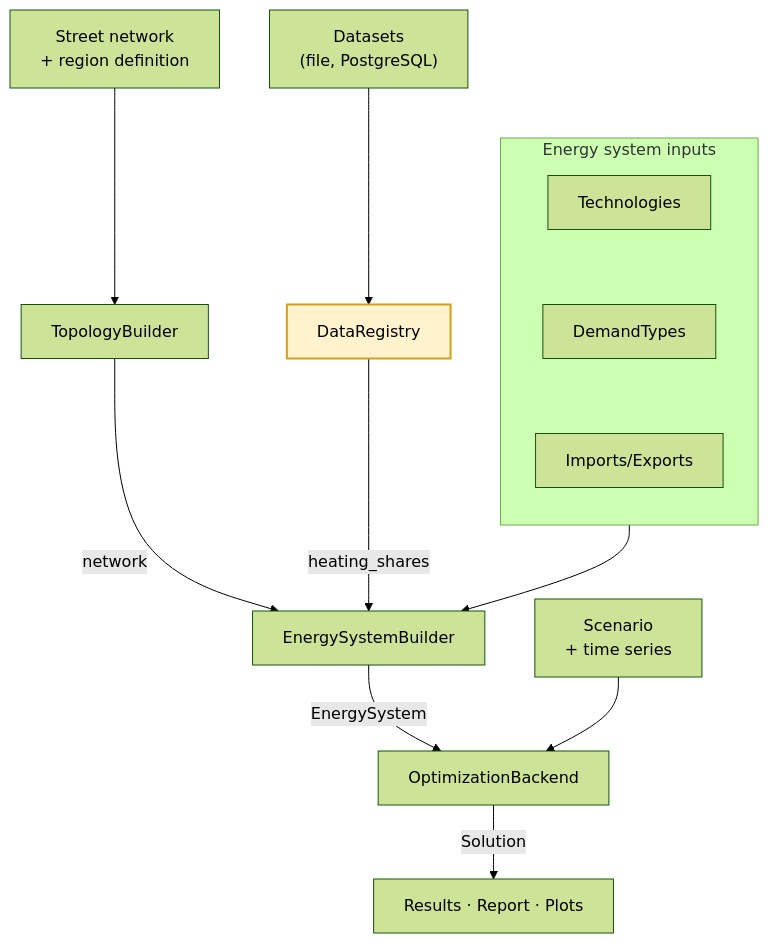
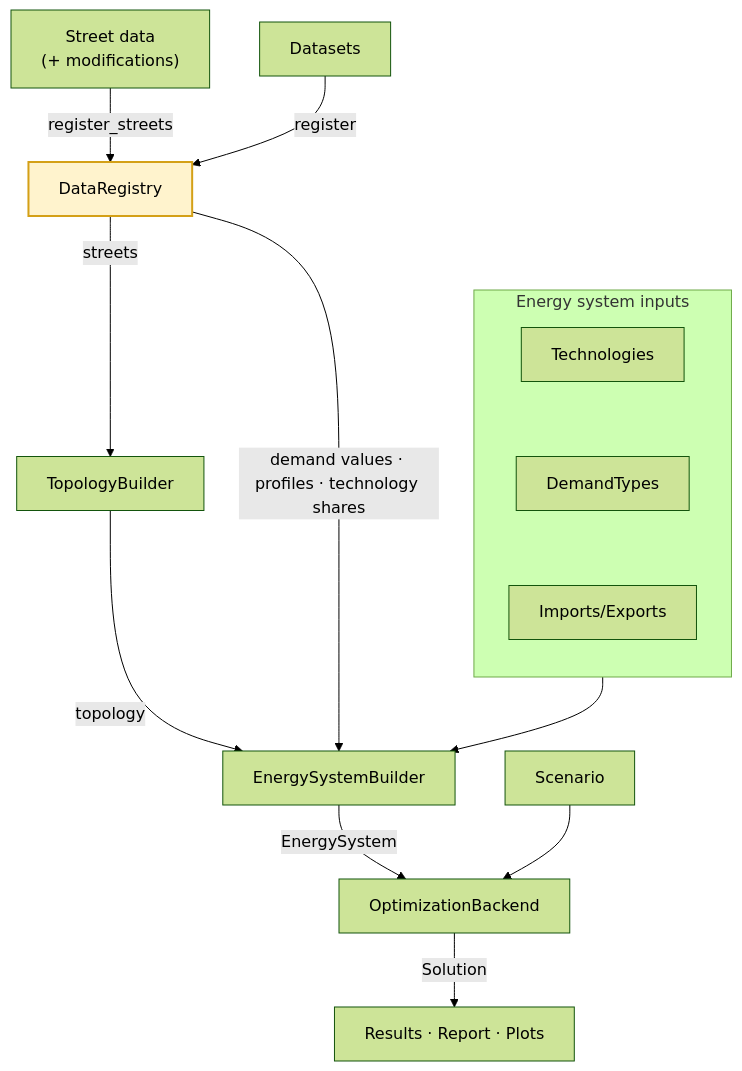
One commit to EINS-TUDa/geopipe changed the diagram in README.md. Above: the diagram before and after it, drawn with Mermaid (forest theme). The commit also changed 2 other files, not shown here.

````diff
--- a/README.md
+++ b/README.md
@@ -27,30 +27,32 @@
 ```mermaid
 flowchart TD
-    streets["Street network<br/>+ region definition"] --> tb["TopologyBuilder"]
-    tb -- "network" --> esb["EnergySystemBuilder"]
+    streets["Street data<br/>(+ modifications)"] -- "register_streets" --> dr["DataRegistry"]
+    datasets["Datasets"] -- "register" --> dr
+    dr -- "streets" --> tb["TopologyBuilder"]
+    tb -- "topology" --> esb["EnergySystemBuilder"]
     subgraph inputs["Energy system inputs"]
         direction TB
-        techs["Technologies"] ~~~ demands["DemandTypes"] ~~~ ie["Imports/Exports"]
+        techs["Technologies"] --- demands["DemandTypes"] --- ie["Imports/Exports"]
     end
     inputs --> esb
-    datasets["Datasets<br/>(file, PostgreSQL)"] --> dr["DataRegistry"]
-    dr -- "heating_shares" --> esb
+    dr -- "demand values · profiles · technology shares" --> esb
     esb -- "EnergySystem" --> ob["OptimizationBackend"]
-    scenario["Scenario<br/>+ time series"] --> ob
+    scenario["Scenario"] --> ob
     ob -- "Solution" --> out["Results · Report · Plots"]
 
     classDef registry fill:#fff3cd,stroke:#d4a017,stroke-width:2px,color:#000
     class dr registry
+    linkStyle 4,5 stroke:none,stroke-width:0px
 
     click streets href "Components/modify_streets_data/"
     click tb href "Components/topology_builder/"
     click techs href "Components/technologies/"
     click demands href "Components/demand_type/"
     click ie href "Components/energy_system_builder/#imports_exportsyaml"
     click esb href "Components/energy_system_builder/"
     click datasets href "Components/data_registry/"
     click dr href "Components/data_registry/"
     click ob href "Components/optimization/#optimizationbackend"
     click scenario href "Components/optimization/#scenario"
     click out href "Components/optimization/#solution"
 ```
````
